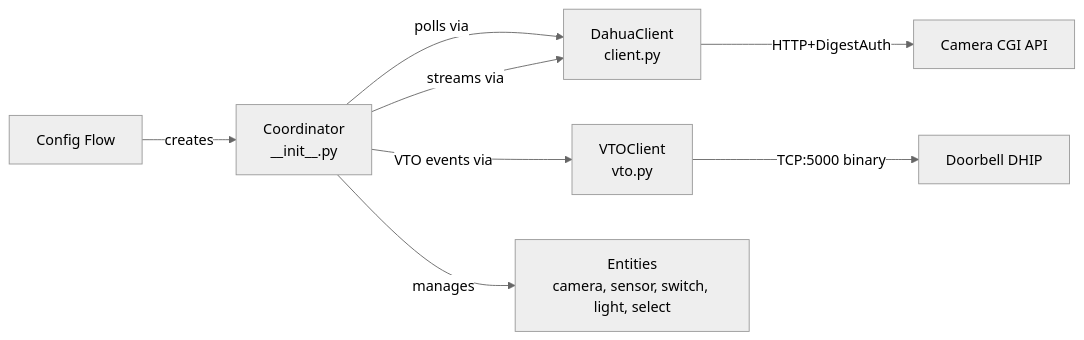
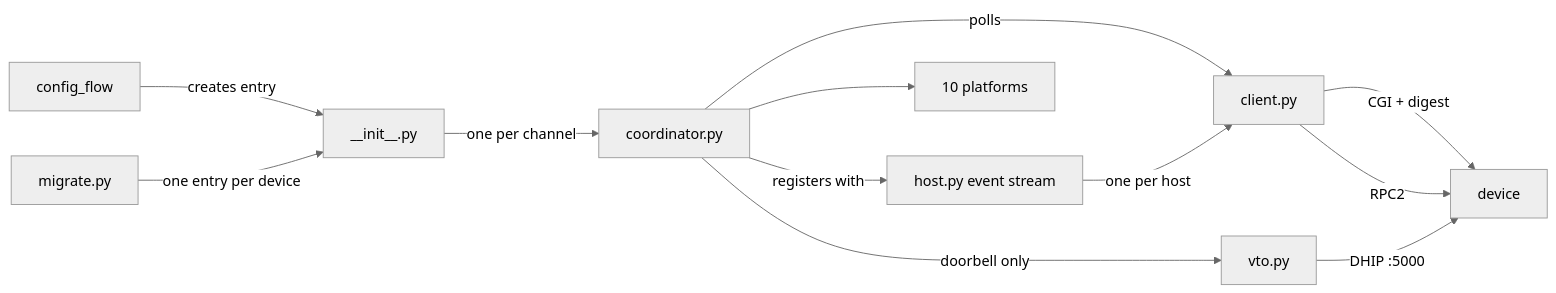
Before and after one commit to rroller/dahua: the diagram in AGENTS.md, drawn with Mermaid (neutral theme). The commit also changed other lines of this file and 10 other files, not shown here.

````diff
--- a/AGENTS.md
+++ b/AGENTS.md
@@ -51,10 +86,14 @@
 ```mermaid
 graph LR
-    CF[Config Flow] -->|creates| COORD[Coordinator<br/>__init__.py]
-    COORD -->|polls via| CLIENT[DahuaClient<br/>client.py]
-    COORD -->|streams via| CLIENT
-    COORD -->|VTO events via| VTO[VTOClient<br/>vto.py]
-    COORD -->|manages| ENT[Entities<br/>camera, sensor, switch, light, select]
-    CLIENT -->|HTTP+DigestAuth| DEV[Camera CGI API]
-    VTO -->|TCP:5000 binary| DEV2[Doorbell DHIP]
+    CF[config_flow] -->|creates entry| INIT[__init__.py]
+    MIG[migrate.py] -->|one entry per device| INIT
+    INIT -->|one per channel| COORD[coordinator.py]
+    COORD -->|polls| CLIENT[client.py]
+    COORD -->|registers with| STREAM[host.py event stream]
+    COORD -->|doorbell only| VTO[vto.py]
+    STREAM -->|one per host| CLIENT
+    COORD --> ENT[10 platforms]
+    CLIENT -->|CGI + digest| DEV[device]
+    CLIENT -->|RPC2| DEV
+    VTO -->|DHIP :5000| DEV
 ```
````
